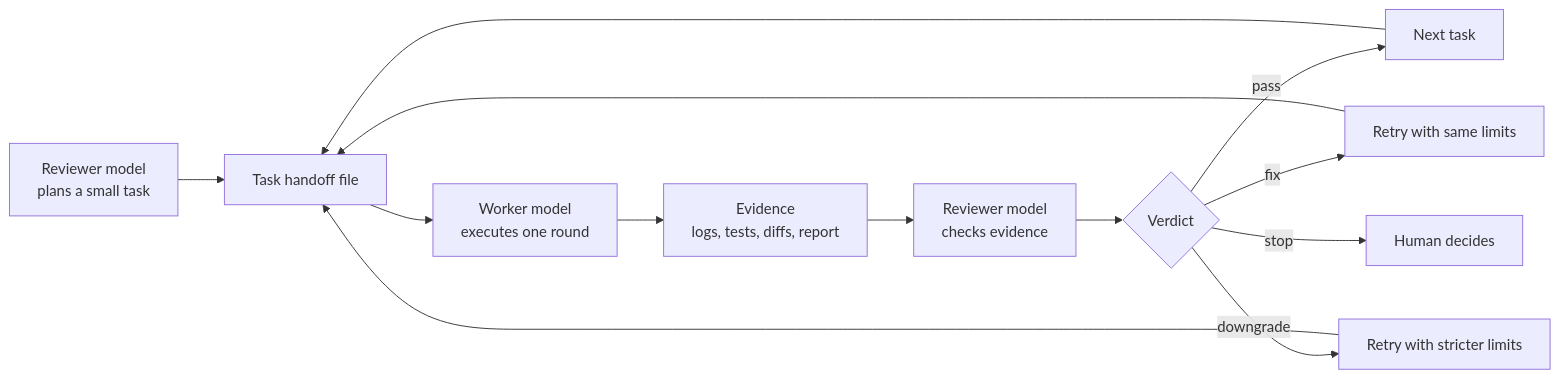
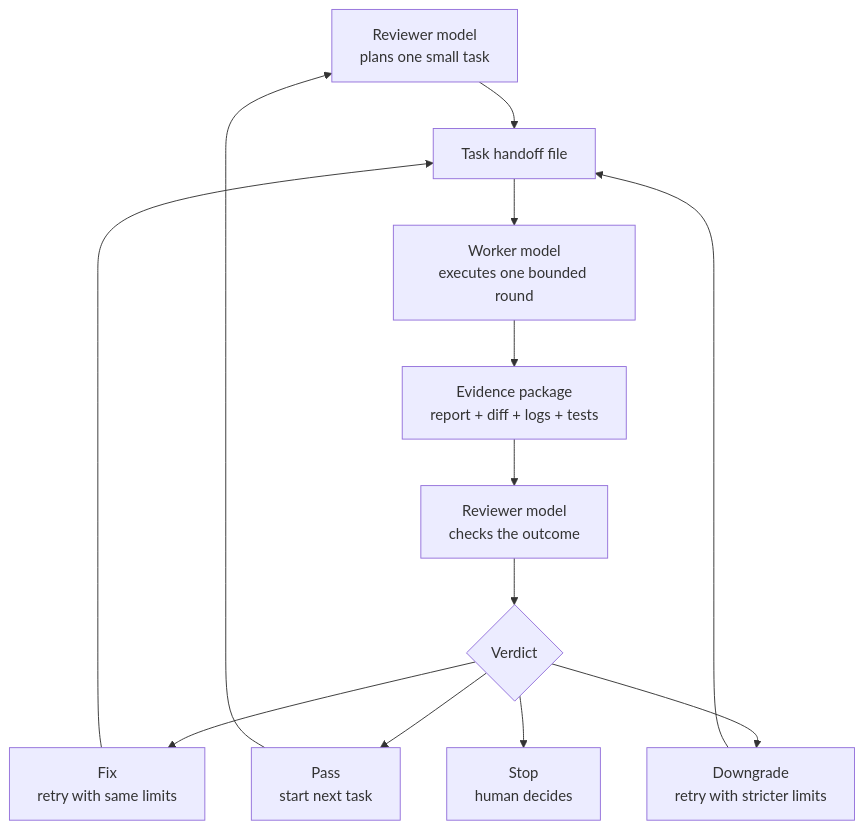
The diagram in README.md (ningbo00/token-saver-loop), drawn with Mermaid before and after one commit.

Commit message:
Improve README workflow diagram

````diff
--- a/README.md
+++ b/README.md
@@ -100,19 +100,19 @@
 ```mermaid
-flowchart LR
-    A[Reviewer model
-plans a small task] --> B[Task handoff file]
-    B --> C[Worker model
-executes one round]
-    C --> D[Evidence
-logs, tests, diffs, report]
-    D --> E[Reviewer model
-checks evidence]
-    E --> F{Verdict}
-    F -->|pass| G[Next task]
-    F -->|fix| H[Retry with same limits]
-    F -->|downgrade| I[Retry with stricter limits]
-    F -->|stop| J[Human decides]
-    G --> B
-    H --> B
-    I --> B
+flowchart TD
+    A[Reviewer model<br/>plans one small task]
+    B[Task handoff file]
+    C[Worker model<br/>executes one bounded round]
+    D[Evidence package<br/>report + diff + logs + tests]
+    E[Reviewer model<br/>checks the outcome]
+    F{Verdict}
+    G[Pass<br/>start next task]
+    H[Fix<br/>retry with same limits]
+    I[Downgrade<br/>retry with stricter limits]
+    J[Stop<br/>human decides]
+
+    A --> B --> C --> D --> E --> F
+    F --> G --> A
+    F --> H --> B
+    F --> I --> B
+    F --> J
 ```
````
